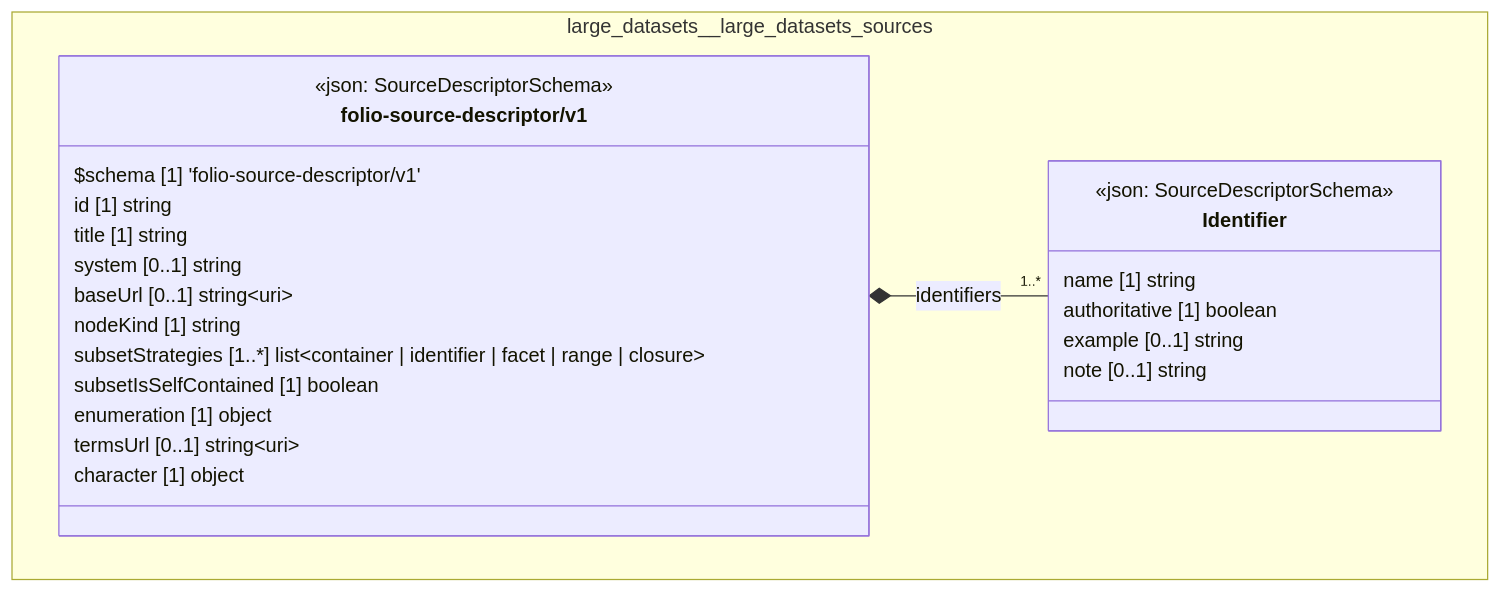
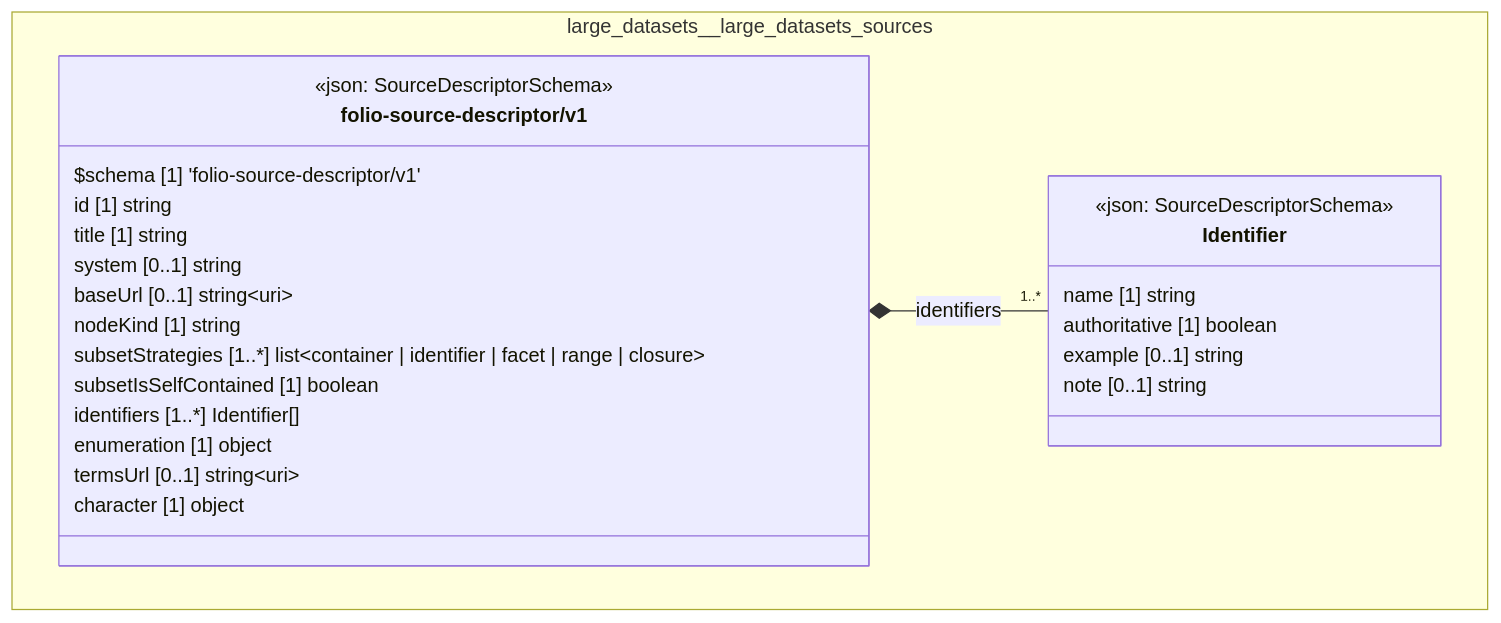
The diagram in cat-harness/docs/uml/overview/large-datasets/large-datasets-sources.md (litlfred/folio-assistant), drawn with Mermaid before and after one commit. The commit also changed 181 other files, not shown here.

First line of the commit message:
UML: full object model on the overview page; no empty class boxes

````diff
--- a/cat-harness/docs/uml/overview/large-datasets/large-datasets-sources.md
+++ b/cat-harness/docs/uml/overview/large-datasets/large-datasets-sources.md
@@ -29,30 +29,31 @@
 ```mermaid
 classDiagram
   direction TB
   namespace large_datasets__large_datasets_sources {
     class large_datasets_large_datasets_sources_folio_source_descriptor_v1_Identifier["Identifier"] {
       <<json: SourceDescriptorSchema>>
       name [1] string
       authoritative [1] boolean
       example [0..1] string
       note [0..1] string
     }
     class large_datasets_large_datasets_sources_folio_source_descriptor_v1_folio_source_descriptor_v1["folio-source-descriptor/v1"] {
       <<json: SourceDescriptorSchema>>
       $schema [1] 'folio-source-descriptor/v1'
       id [1] string
       title [1] string
       system [0..1] string
       baseUrl [0..1] string~uri~
       nodeKind [1] string
       subsetStrategies [1..*] list~container | identifier | facet | range | closure~
       subsetIsSelfContained [1] boolean
+      identifiers [1..*] Identifier[]
       enumeration [1] object
       termsUrl [0..1] string~uri~
       character [1] object
     }
   }
   large_datasets_large_datasets_sources_folio_source_descriptor_v1_folio_source_descriptor_v1 *-- "1..*" large_datasets_large_datasets_sources_folio_source_descriptor_v1_Identifier : identifiers
   cssClass "large_datasets_large_datasets_sources_folio_source_descriptor_v1_Identifier" fa_uml_kind_schemas
   cssClass "large_datasets_large_datasets_sources_folio_source_descriptor_v1_folio_source_descriptor_v1" fa_uml_kind_schemas
 ```
````
